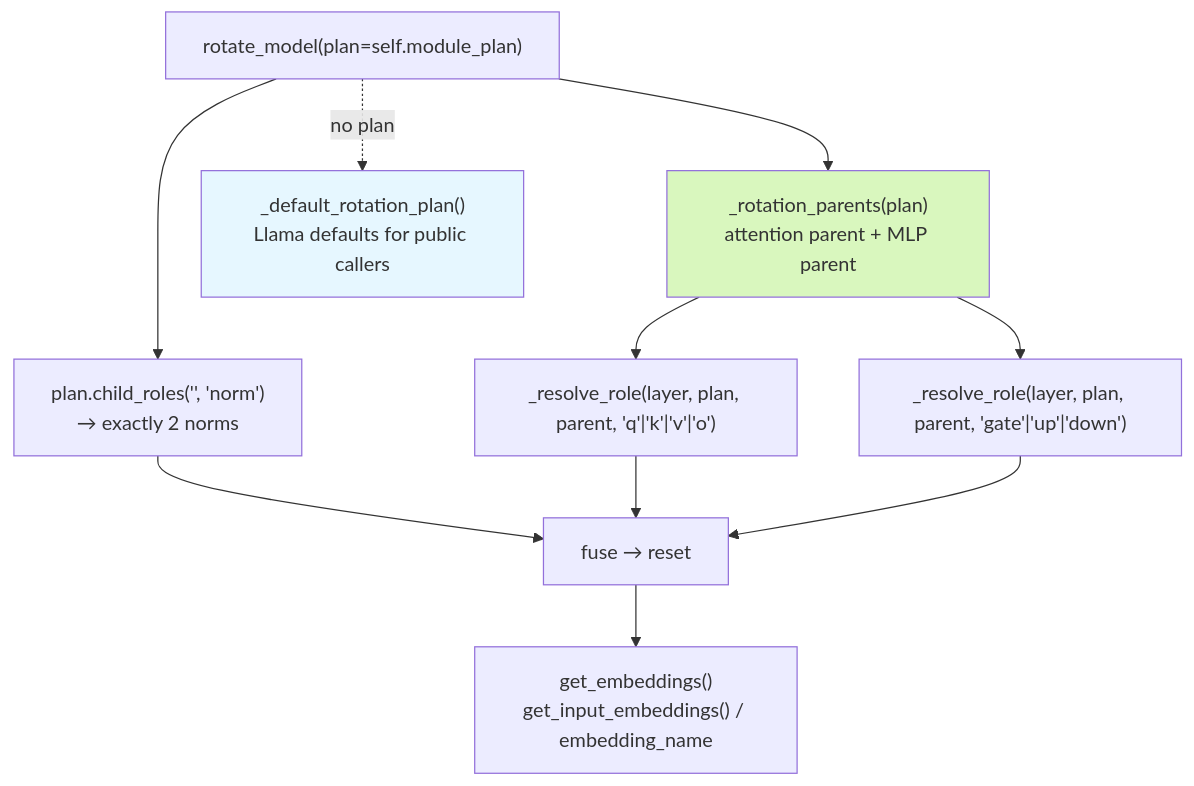
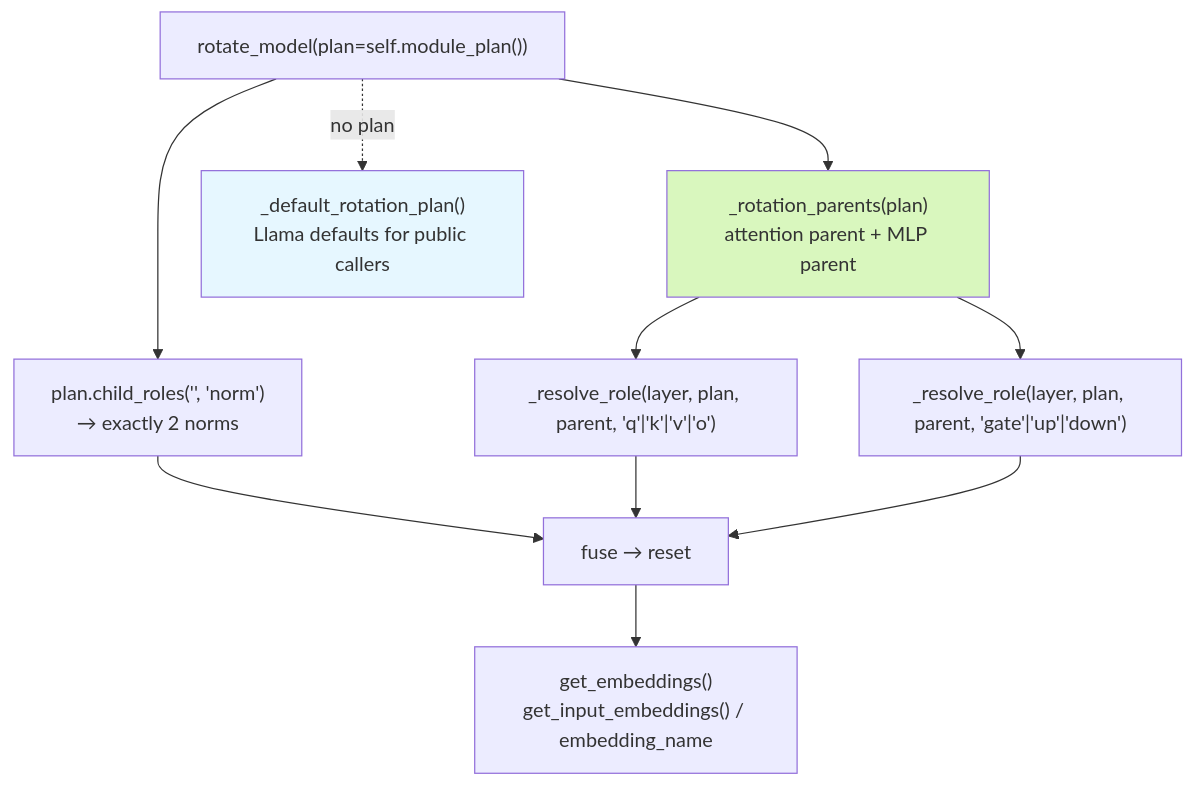
The ninth of 11 diagrams in docs/model-tree-resolution.md (ModelCloud/GPTQModel), drawn with Mermaid before and after one commit. The commit also changed other lines of this file and 12 other files, not shown here.

````diff
--- a/docs/model-tree-resolution.md
+++ b/docs/model-tree-resolution.md
@@ -241,14 +270,14 @@
 ```mermaid
 flowchart TD
-    R["rotate_model(plan=self.module_plan)"] --> N1["plan.child_roles('', 'norm')<br/>→ exactly 2 norms"]
+    R["rotate_model(plan=self.module_plan())"] --> N1["plan.child_roles('', 'norm')<br/>→ exactly 2 norms"]
     R --> P1["_rotation_parents(plan)<br/>attention parent + MLP parent"]
     P1 --> Q1["_resolve_role(layer, plan, parent, 'q'|'k'|'v'|'o')"]
     P1 --> Q2["_resolve_role(layer, plan, parent, 'gate'|'up'|'down')"]
     N1 --> F["fuse → reset"]
     Q1 --> F
     Q2 --> F
     F --> EMB["get_embeddings()<br/>get_input_embeddings() / embedding_name"]
     R -.->|no plan| DEF["_default_rotation_plan()<br/>Llama defaults for public callers"]
     style DEF fill:#e6f7ff
     style P1 fill:#d9f7be
 ```
````
